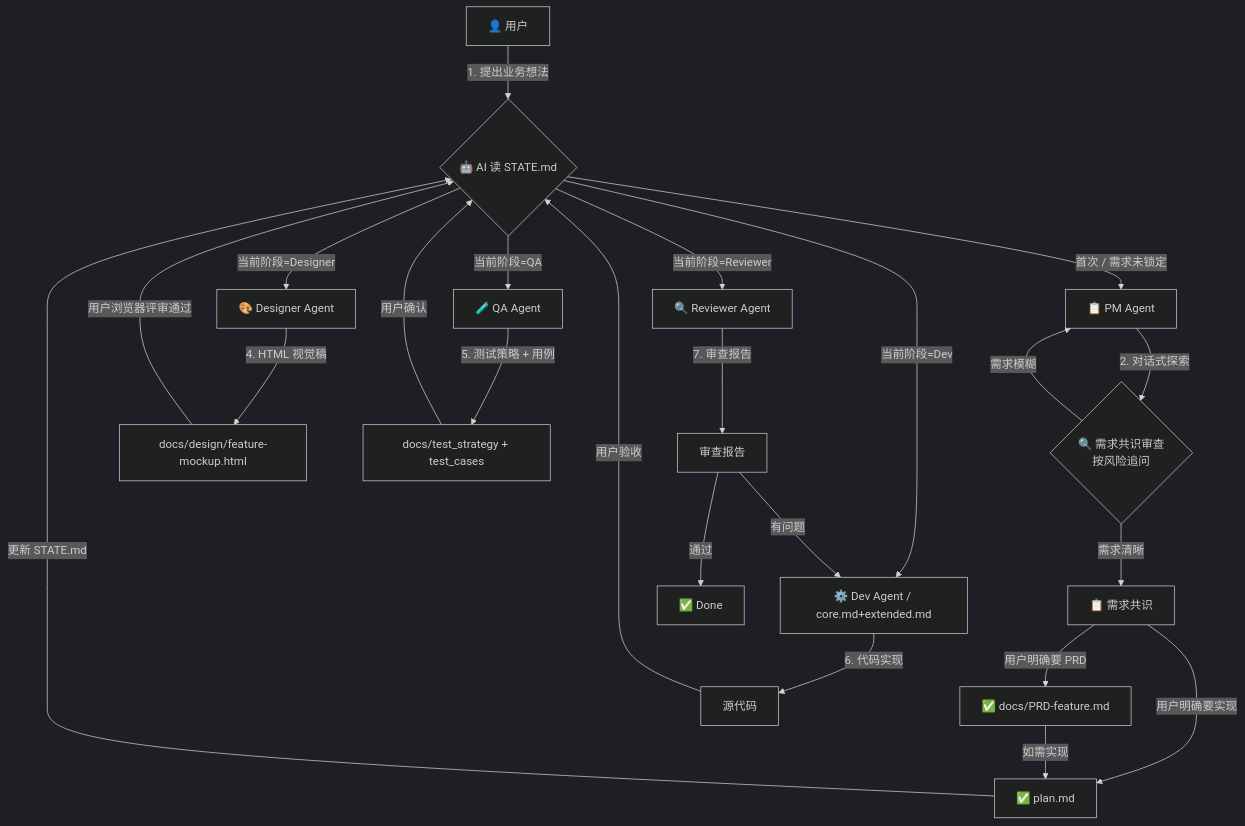
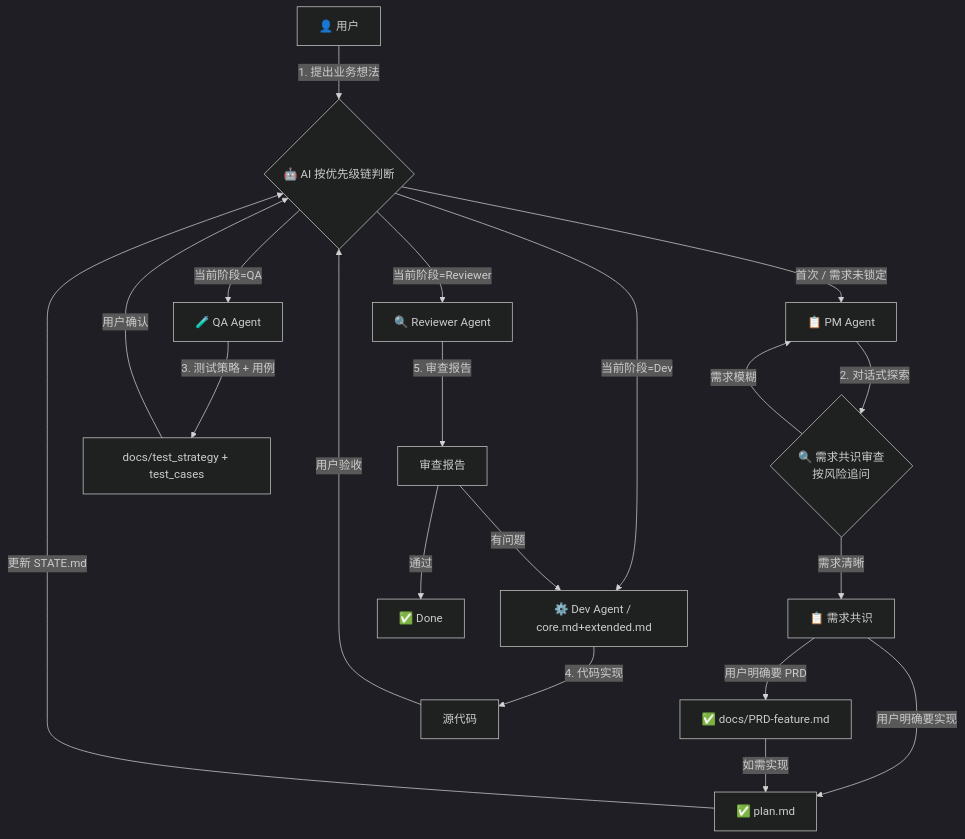
Before and after one commit to MickMi/mick_harness_rules: the diagram in rules/roles/orchestration.md, drawn with Mermaid (dark theme). The commit also changed other lines of this file and 14 other files, not shown here.

````diff
--- a/rules/roles/orchestration.md
+++ b/rules/roles/orchestration.md
@@ -52,29 +55,25 @@
 ```mermaid
 flowchart TD
-    User[👤 用户] -->|1. 提出业务想法| AI{🤖 AI 读 STATE.md}
+    User[👤 用户] -->|1. 提出业务想法| AI{🤖 AI 按优先级链判断}
     AI -->|首次 / 需求未锁定| PM[📋 PM Agent]
     PM -->|2. 对话式探索| Review{🔍 需求共识审查\n按风险追问}
     Review -->|需求模糊| PM
     Review -->|需求清晰| Consensus[📋 需求共识]
     Consensus -->|用户明确要 PRD| PRD[✅ docs/PRD-feature.md]
     Consensus -->|用户明确要实现| Plan[✅ plan.md]
     PRD -->|如需实现| Plan
     Plan -->|更新 STATE.md| AI
 
-    AI -->|当前阶段=Designer| Designer[🎨 Designer Agent]
-    Designer -->|4. HTML 视觉稿| Mockup[docs/design/feature-mockup.html]
-    Mockup -->|用户浏览器评审通过| AI
-
     AI -->|当前阶段=QA| QA[🧪 QA Agent]
-    QA -->|5. 测试策略 + 用例| TestDocs[docs/test_strategy + test_cases]
+    QA -->|3. 测试策略 + 用例| TestDocs[docs/test_strategy + test_cases]
     TestDocs -->|用户确认| AI
 
     AI -->|当前阶段=Dev| Dev[⚙️ Dev Agent / core.md+extended.md]
-    Dev -->|6. 代码实现| Code[源代码]
+    Dev -->|4. 代码实现| Code[源代码]
     Code -->|用户验收| AI
 
     AI -->|当前阶段=Reviewer| Reviewer[🔍 Reviewer Agent]
-    Reviewer -->|7. 审查报告| Report[审查报告]
+    Reviewer -->|5. 审查报告| Report[审查报告]
     Report -->|有问题| Dev
     Report -->|通过| Done[✅ Done]
 ```
````
